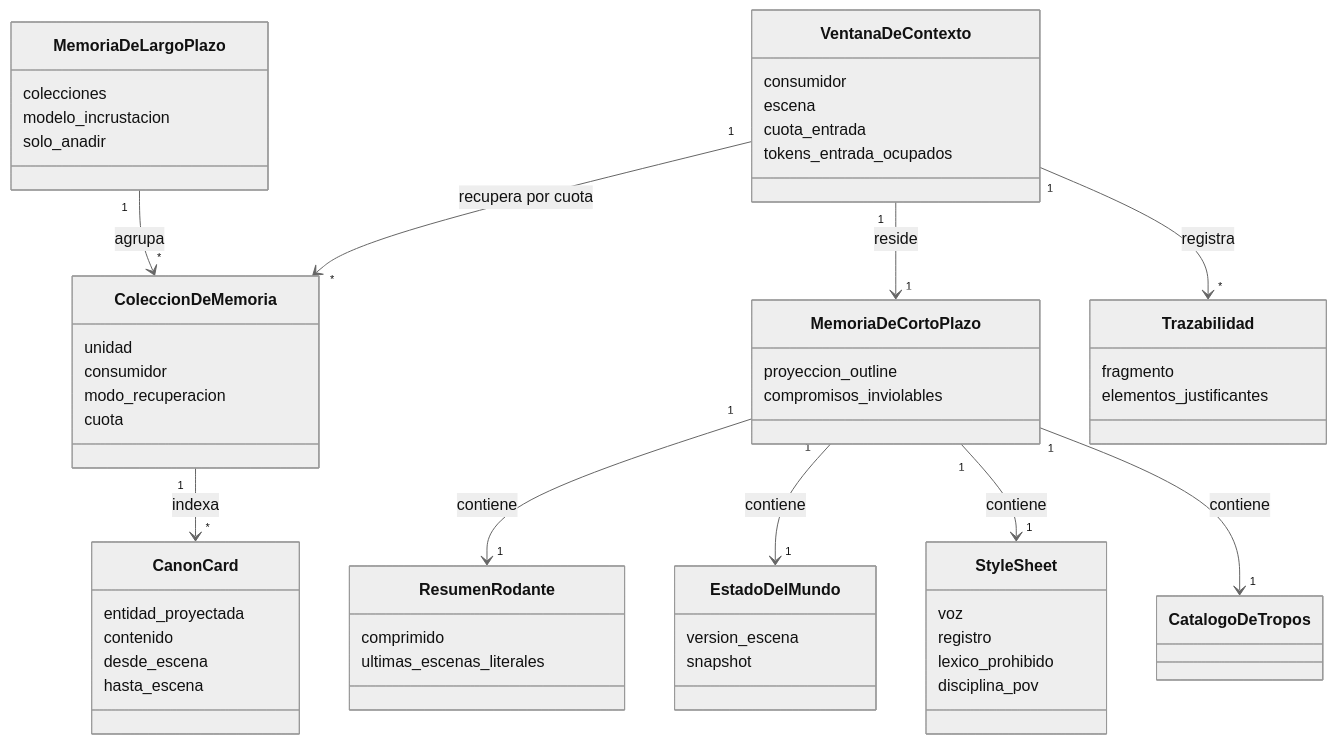
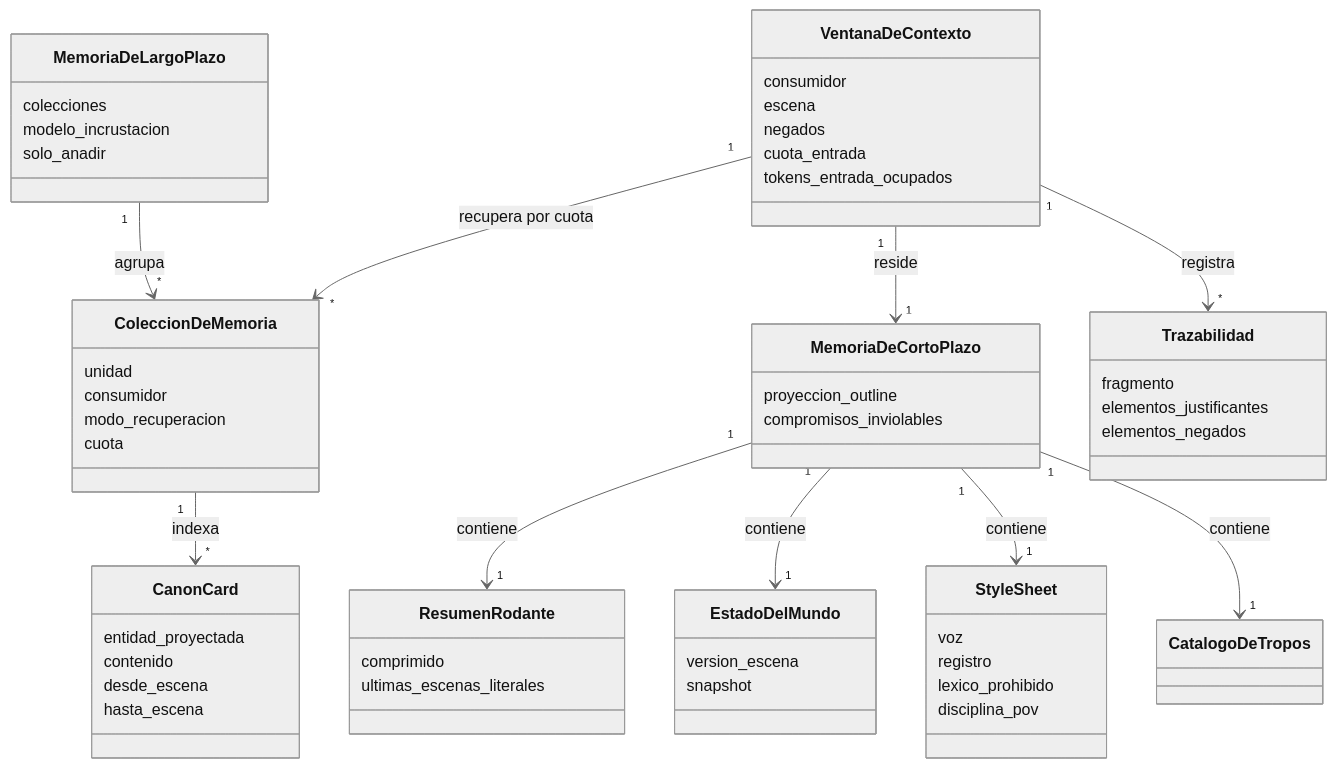
Before and after one commit to JNico-rb/story-maker: the third of 4 diagrams in docs/definitions.md, drawn with Mermaid (neutral theme). The commit also changed other lines of this file and 12 other files, not shown here.

````diff
--- a/docs/definitions.md
+++ b/docs/definitions.md
@@ -337,58 +341,60 @@
 ```mermaid
 classDiagram
     class MemoriaDeLargoPlazo {
         colecciones
         modelo_incrustacion
         solo_anadir
     }
     class ColeccionDeMemoria {
         unidad
         consumidor
         modo_recuperacion
         cuota
     }
     class MemoriaDeCortoPlazo {
         proyeccion_outline
         compromisos_inviolables
     }
     class VentanaDeContexto {
         consumidor
         escena
+        negados
         cuota_entrada
         tokens_entrada_ocupados
     }
     class CanonCard {
         entidad_proyectada
         contenido
         desde_escena
         hasta_escena
     }
     class ResumenRodante {
         comprimido
         ultimas_escenas_literales
     }
     class StyleSheet {
         voz
         registro
         lexico_prohibido
         disciplina_pov
     }
     class EstadoDelMundo {
         version_escena
         snapshot
     }
     class Trazabilidad {
         fragmento
         elementos_justificantes
+        elementos_negados
     }
 
     MemoriaDeLargoPlazo "1" --> "*" ColeccionDeMemoria : agrupa
     ColeccionDeMemoria "1" --> "*" CanonCard : indexa
     MemoriaDeCortoPlazo "1" --> "1" ResumenRodante : contiene
     MemoriaDeCortoPlazo "1" --> "1" EstadoDelMundo : contiene
     MemoriaDeCortoPlazo "1" --> "1" StyleSheet : contiene
     MemoriaDeCortoPlazo "1" --> "1" CatalogoDeTropos : contiene
     VentanaDeContexto "1" --> "1" MemoriaDeCortoPlazo : reside
     VentanaDeContexto "1" --> "*" ColeccionDeMemoria : recupera por cuota
     VentanaDeContexto "1" --> "*" Trazabilidad : registra
 ```
````
